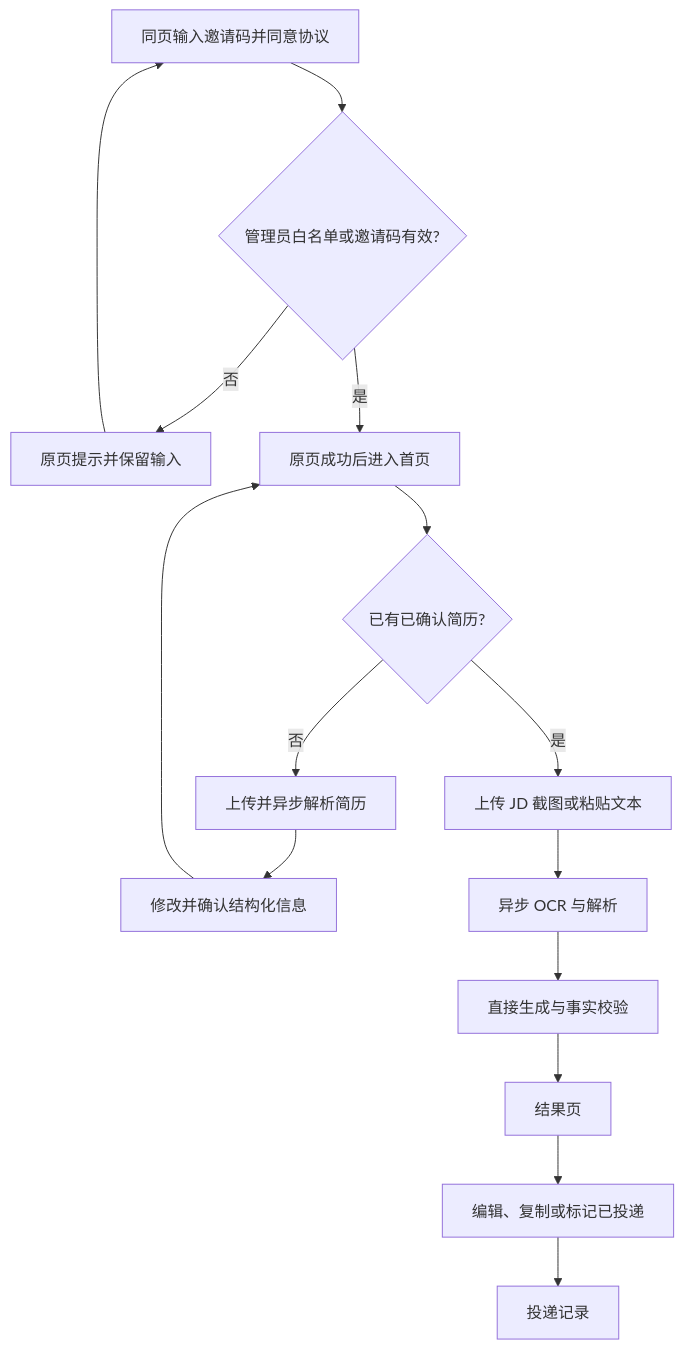
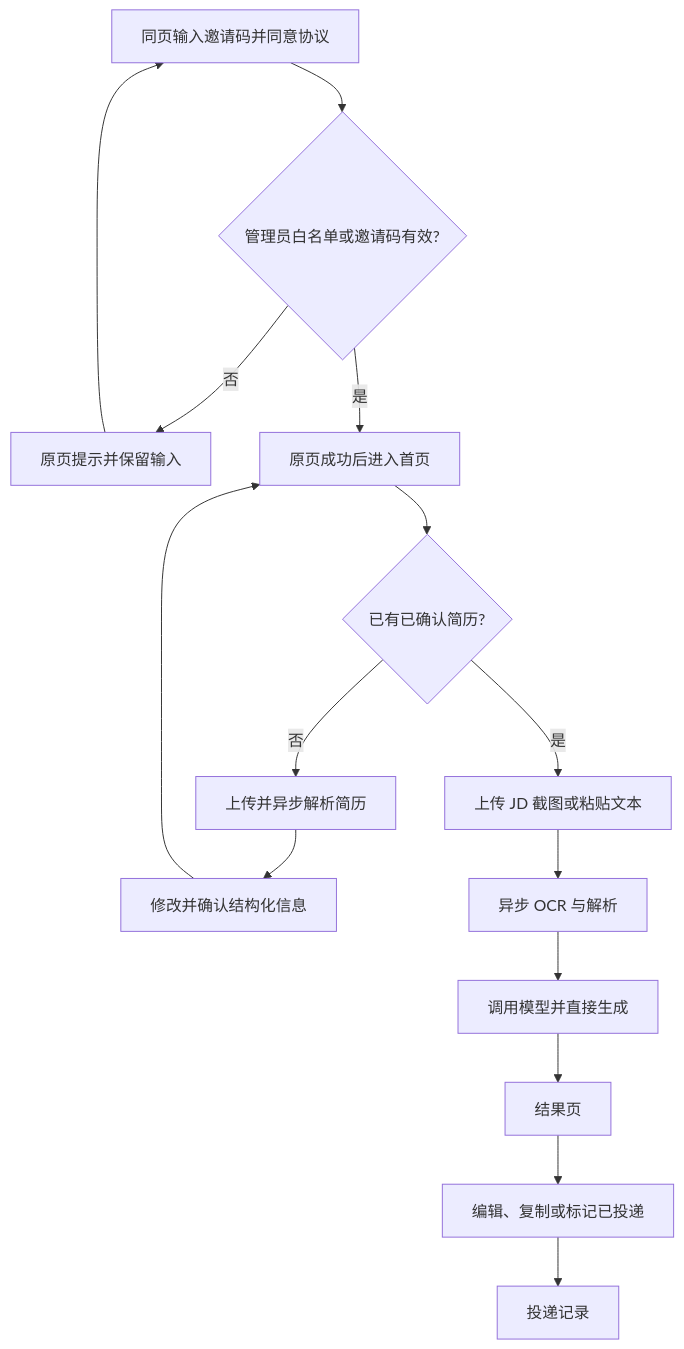
One commit to Yinzhi392/ApplyMate changed the first of 2 diagrams in memory-bank/design-document.md. Above: the diagram before and after it, drawn with Mermaid. The commit also changed other lines of this file and 44 other files, not shown here.

````diff
--- a/memory-bank/design-document.md
+++ b/memory-bank/design-document.md
@@ -43,17 +43,17 @@
 ```mermaid
 flowchart TD
     A[同页输入邀请码并同意协议] --> B{管理员白名单或邀请码有效?}
     B -- 否 --> C[原页提示并保留输入]
     B -- 是 --> D[原页成功后进入首页]
     C --> A
     D --> E{已有已确认简历?}
     E -- 否 --> F[上传并异步解析简历]
     F --> G[修改并确认结构化信息]
     G --> D
     E -- 是 --> H[上传 JD 截图或粘贴文本]
     H --> I[异步 OCR 与解析]
-    I --> L[直接生成与事实校验]
+    I --> L[调用模型并直接生成]
     L --> M[结果页]
     M --> N[编辑、复制或标记已投递]
     N --> O[投递记录]
 ```
````
